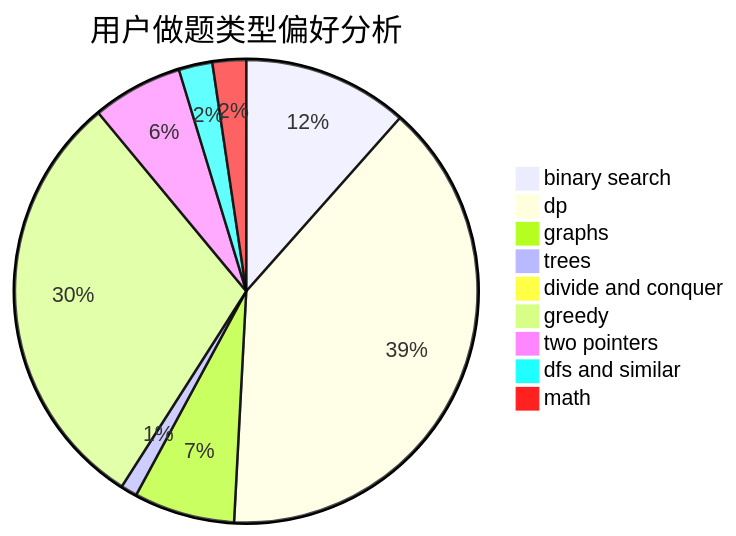
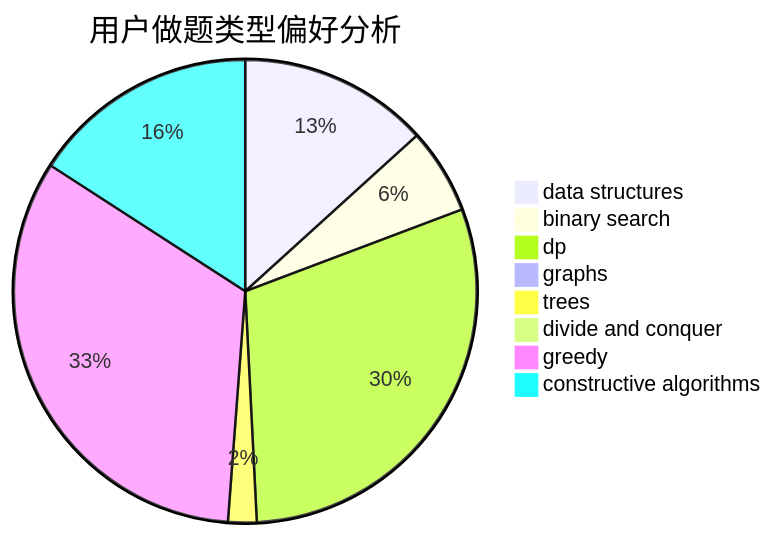
The second of 3 diagrams in docs/user/u2129.md (sherpahu/cfrs.github.io), drawn with Mermaid before and after one commit. The commit also changed other lines of this file and 2775 other files, not shown here.

````diff
--- a/docs/user/u2129.md
+++ b/docs/user/u2129.md
@@ -23,12 +23,11 @@
 ```mermaid
 pie title 用户做题类型偏好分析
-    "binary search" :  241
-    "dp" :  820
-    "graphs" :  147
-    "trees" :  24
+    "data structures" :  133
+    "binary search" :  60
+    "dp" :  300
+    "graphs" :  6
+    "trees" :  20
     "divide and conquer" :  0
-    "greedy" :  625
-    "two pointers" :  132
-    "dfs and similar" :  49
-    "math" :  49
+    "greedy" :  330
+    "constructive algorithms" :  159
 ```
````
